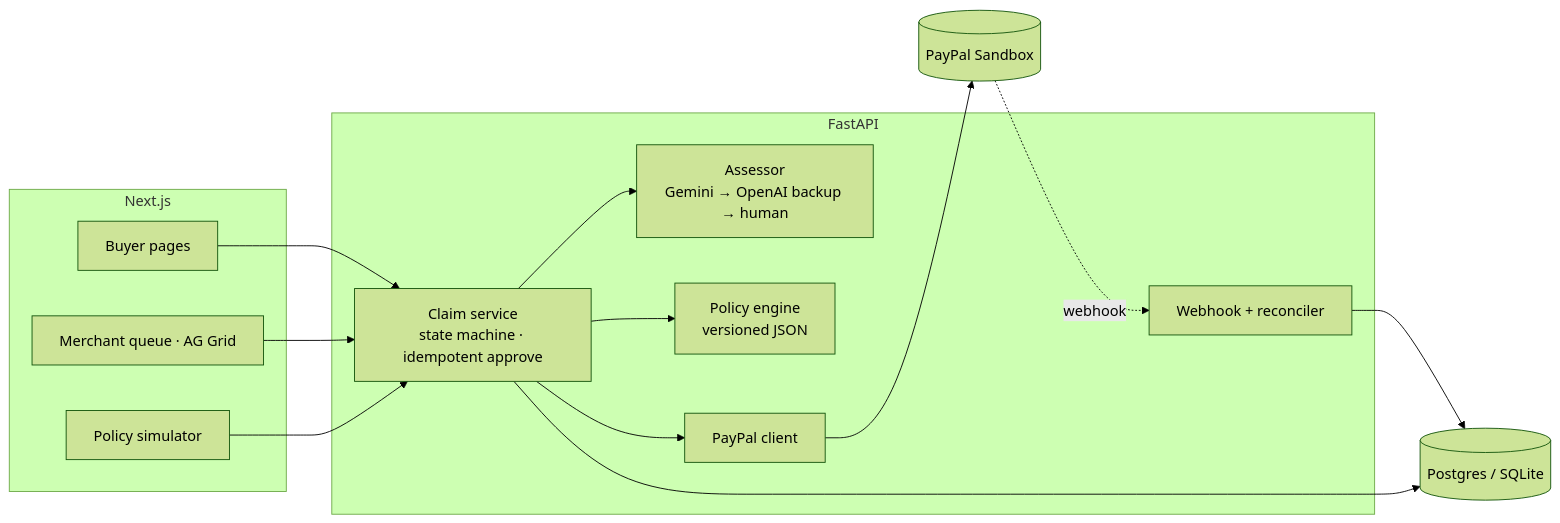
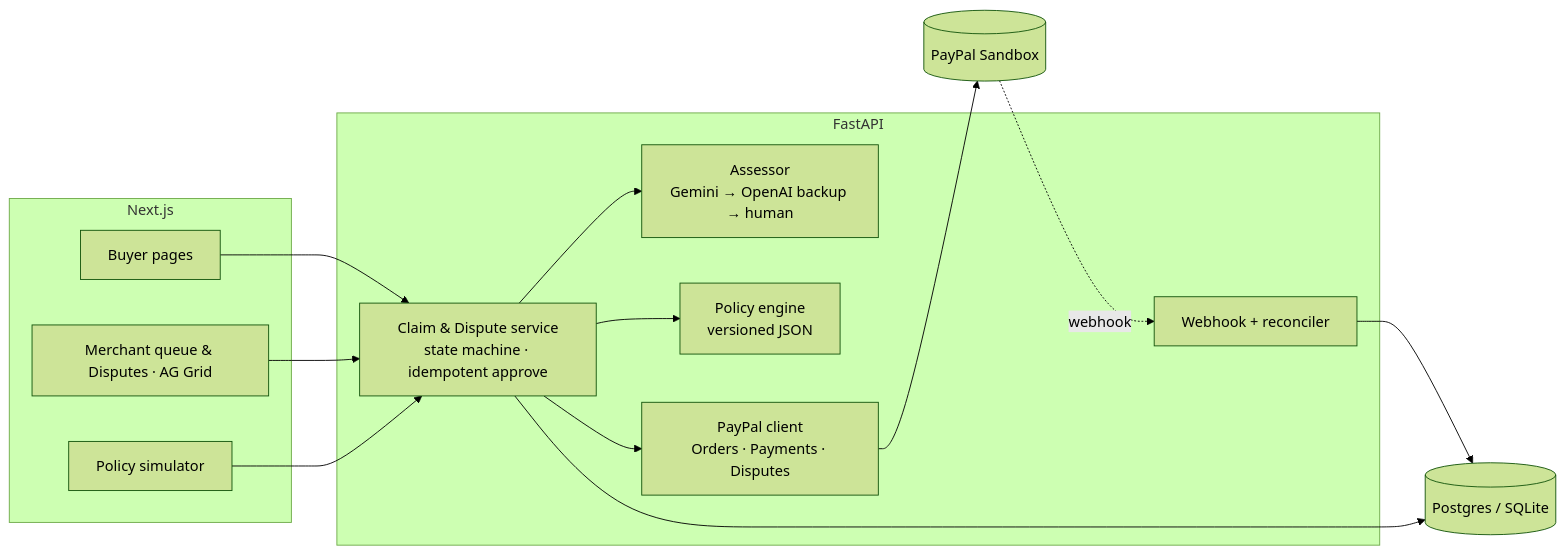
The diagram in README.md (gujguygfuiyf/refundpilot), drawn with Mermaid (forest theme) before and after one commit. The commit also changed other lines of this file and 18 other files, not shown here.

Commit message:
Add PayPal Disputes API v1 integration, deterministic evidence package, and merchant UI

````diff
--- a/README.md
+++ b/README.md
@@ -56,22 +59,22 @@
 ```mermaid
 flowchart LR
     subgraph Web["Next.js"]
         B[Buyer pages]
-        M[Merchant queue · AG Grid]
+        M[Merchant queue & Disputes · AG Grid]
         S[Policy simulator]
     end
     subgraph API["FastAPI"]
-        CS[Claim service<br/>state machine · idempotent approve]
+        CS[Claim & Dispute service<br/>state machine · idempotent approve]
         AI[Assessor<br/>Gemini → OpenAI backup → human]
         PE[Policy engine<br/>versioned JSON]
-        PP[PayPal client]
+        PP[PayPal client<br/>Orders · Payments · Disputes]
         WH[Webhook + reconciler]
     end
     DB[(Postgres / SQLite)]
     B & M & S --> CS
     CS --> AI
     CS --> PE
     CS --> PP --> PAYPAL[(PayPal Sandbox)]
     PAYPAL -. webhook .-> WH --> DB
     CS --> DB
 ```
````
